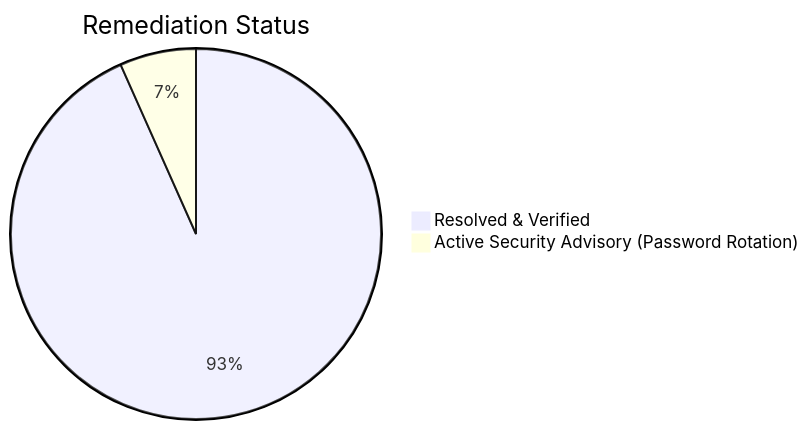
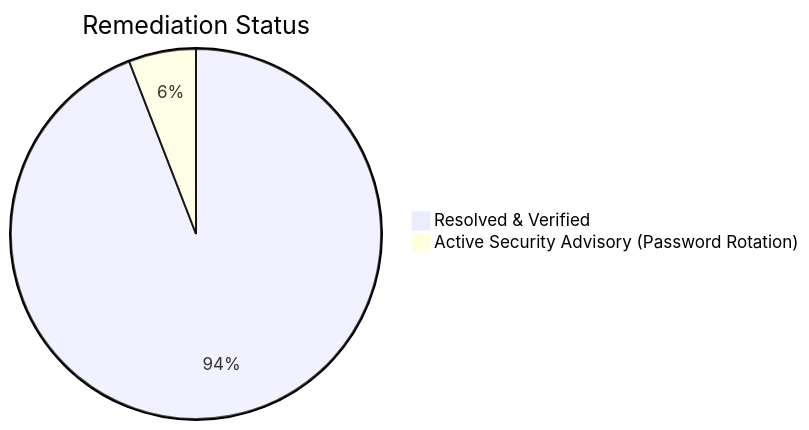
One commit to amitbora007/subwords-game changed the diagram in docs/BUGS.md. Above: the diagram before and after it, drawn with Mermaid. The commit also changed other lines of this file and 21 other files, not shown here.

Commit message:
refactor: restructure backend into MVC layout, fix uvicorn app.main import and AI player turn flow

````diff
--- a/docs/BUGS.md
+++ b/docs/BUGS.md
@@ -18,5 +18,5 @@
 ```mermaid
 pie title Remediation Status
-    "Resolved & Verified" : 14
+    "Resolved & Verified" : 16
     "Active Security Advisory (Password Rotation)" : 1
 ```
````
